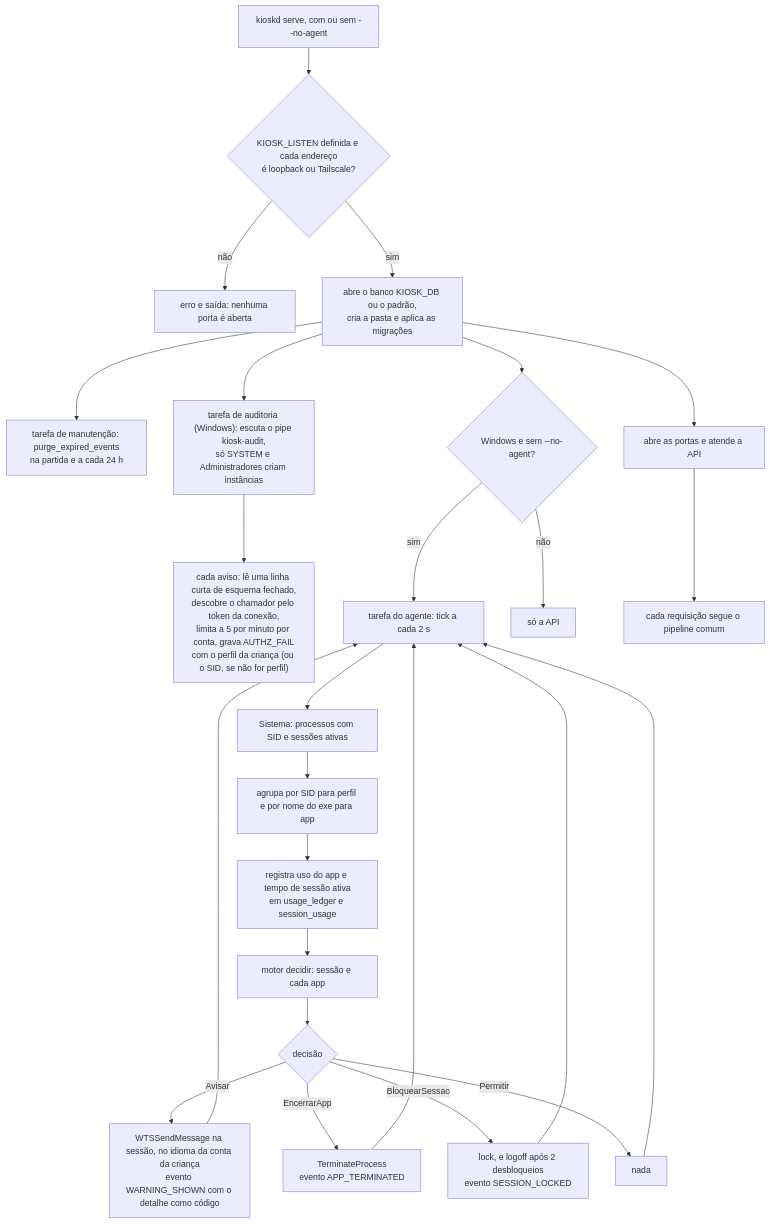
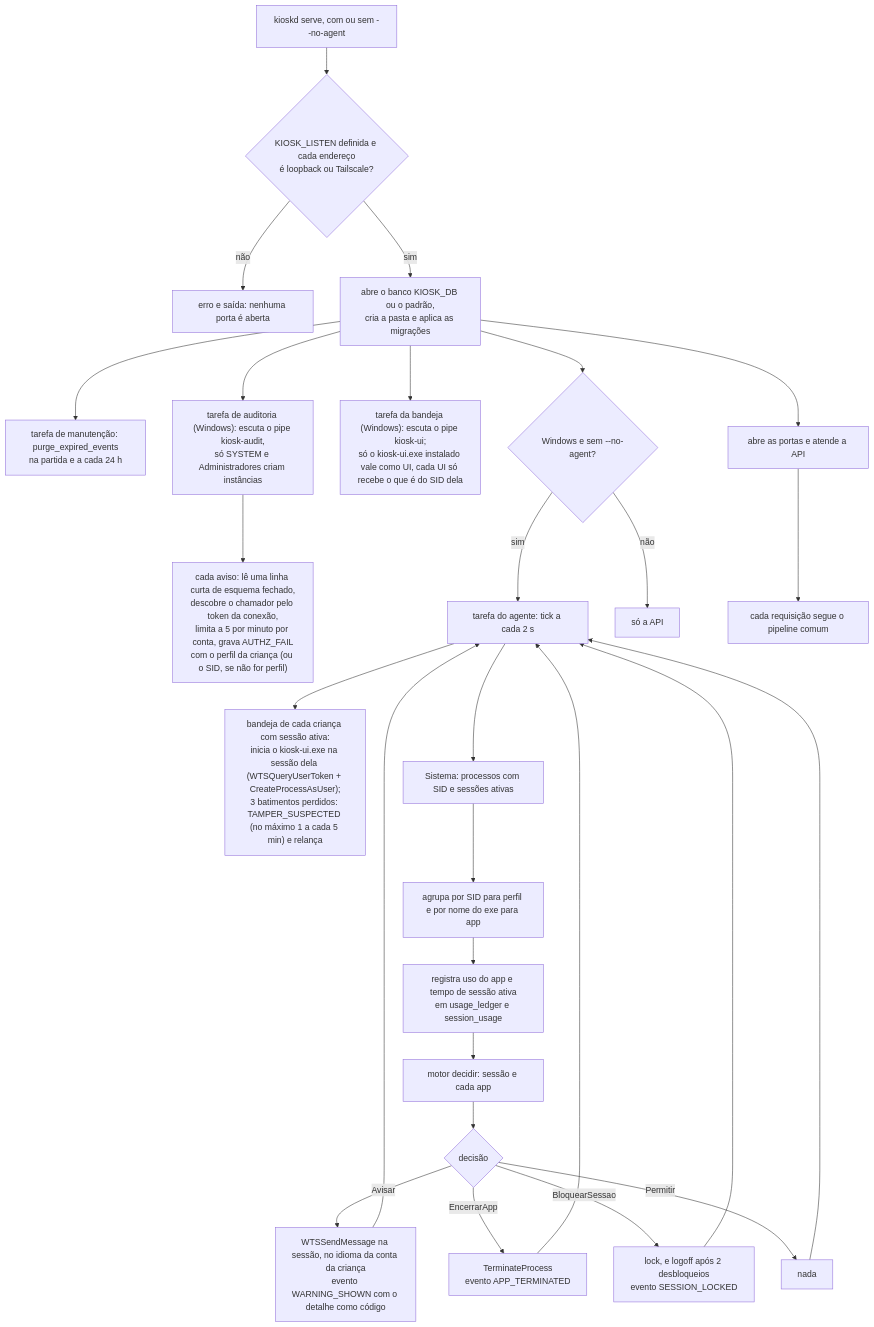
One commit to jefersonlop3s/kiosk-engine changed the third of 30 diagrams in docs/architecture/fluxos-dos-comandos.md. Above: the diagram before and after it, drawn with Mermaid. The commit also changed other lines of this file and 16 other files, not shown here.

First line of the commit message:
feat(agente): o serviço inicia e supervisiona a bandeja da criança (ADR-004, E-004 F3 e F4 etapa 3)

````diff
--- a/docs/architecture/fluxos-dos-comandos.md
+++ b/docs/architecture/fluxos-dos-comandos.md
@@ -62,27 +62,29 @@
 ```mermaid
 flowchart TD
     A["kioskd serve, com ou sem --no-agent"] --> B{"KIOSK_LISTEN definida e cada endereço<br/>é loopback ou Tailscale?"}
     B -->|não| E1["erro e saída: nenhuma porta é aberta"]
     B -->|sim| C["abre o banco KIOSK_DB ou o padrão,<br/>cria a pasta e aplica as migrações"]
     C --> D["tarefa de manutenção: purge_expired_events<br/>na partida e a cada 24 h"]
     C --> AU["tarefa de auditoria (Windows): escuta o pipe kiosk-audit,<br/>só SYSTEM e Administradores criam instâncias"]
     AU --> AU2["cada aviso: lê uma linha curta de esquema fechado,<br/>descobre o chamador pelo token da conexão,<br/>limita a 5 por minuto por conta, grava AUTHZ_FAIL<br/>com o perfil da criança (ou o SID, se não for perfil)"]
+    C --> BA["tarefa da bandeja (Windows): escuta o pipe kiosk-ui;<br/>só o kiosk-ui.exe instalado vale como UI, cada UI só recebe o que é do SID dela"]
     C --> F{"Windows e sem --no-agent?"}
     F -->|sim| G["tarefa do agente: tick a cada 2 s"]
     F -->|não| H["só a API"]
     C --> I["abre as portas e atende a API"]
+    G --> BU["bandeja de cada criança com sessão ativa:<br/>inicia o kiosk-ui.exe na sessão dela (WTSQueryUserToken + CreateProcessAsUser);<br/>3 batimentos perdidos: TAMPER_SUSPECTED (no máximo 1 a cada 5 min) e relança"]
     G --> T1["Sistema: processos com SID e sessões ativas"]
     T1 --> T2["agrupa por SID para perfil e por nome do exe para app"]
     T2 --> T3["registra uso do app e tempo de sessão ativa<br/>em usage_ledger e session_usage"]
     T3 --> T4["motor decidir: sessão e cada app"]
     T4 --> T5{"decisão"}
     T5 -->|Avisar| T6["WTSSendMessage na sessão, no idioma da conta da criança<br/>evento WARNING_SHOWN com o detalhe como código"]
     T5 -->|EncerrarApp| T7["TerminateProcess<br/>evento APP_TERMINATED"]
     T5 -->|BloquearSessao| T8["lock, e logoff após 2 desbloqueios<br/>evento SESSION_LOCKED"]
     T5 -->|Permitir| T9["nada"]
     T6 --> G
     T7 --> G
     T8 --> G
     T9 --> G
     I --> P["cada requisição segue o pipeline comum"]
 ```
````
